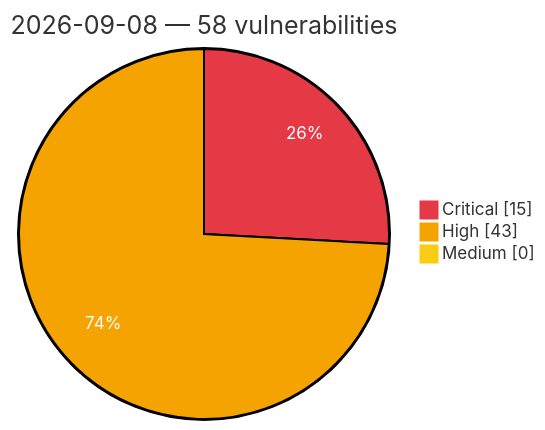
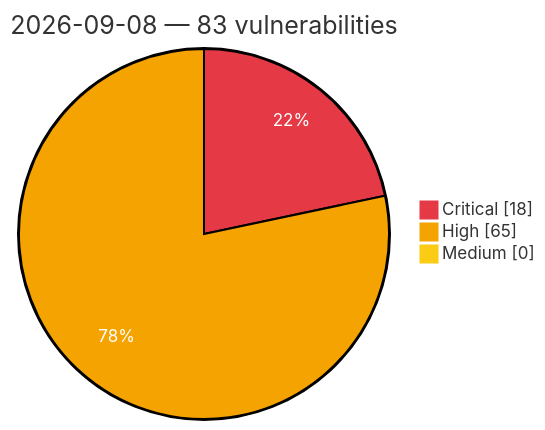
One commit to GhostX0X/vuln-tracker changed the diagram in vulnerabilities/2026/September/2026-09-08.md. Above: the diagram before and after it, drawn with Mermaid. The commit also changed other lines of this file and 5 other files, not shown here.

Commit message:
Auto update: critical/high vulns (2026-09-08 20:43 UTC)

````diff
--- a/vulnerabilities/2026/September/2026-09-08.md
+++ b/vulnerabilities/2026/September/2026-09-08.md
@@ -3,8 +3,8 @@
 ```mermaid
 %%{init: {'theme':'base', 'themeVariables': {'pie1':'#e63946', 'pie2':'#f4a300', 'pie3':'#facc15', 'pieOpacity':'1', 'pieOuterStrokeWidth':'2px', 'pieSectionTextColor':'#ffffff'}}}%%
 pie showData
-    title 2026-09-08 — 58 vulnerabilities
-    "Critical" : 15
-    "High" : 43
+    title 2026-09-08 — 83 vulnerabilities
+    "Critical" : 18
+    "High" : 65
     "Medium" : 0
 ```
````
